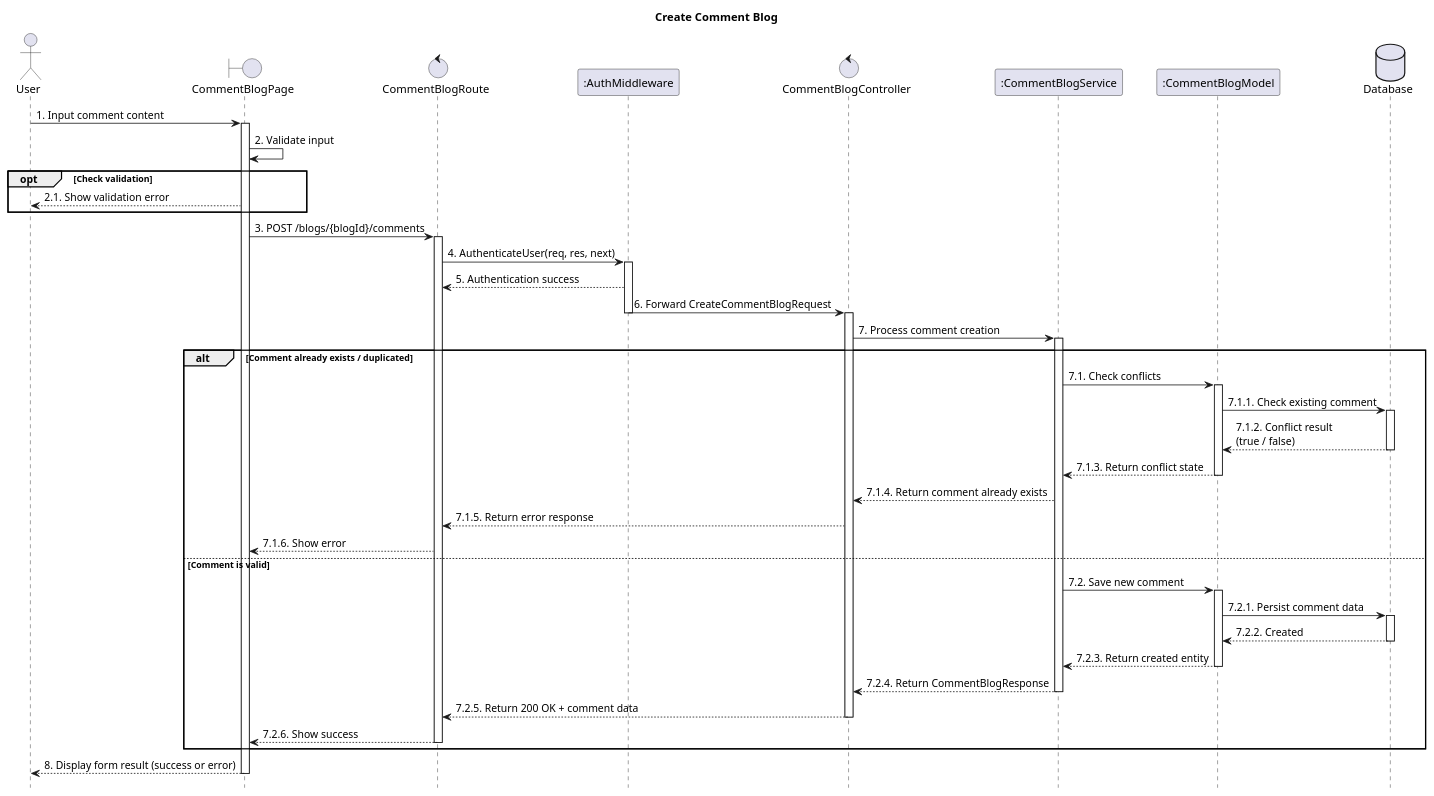
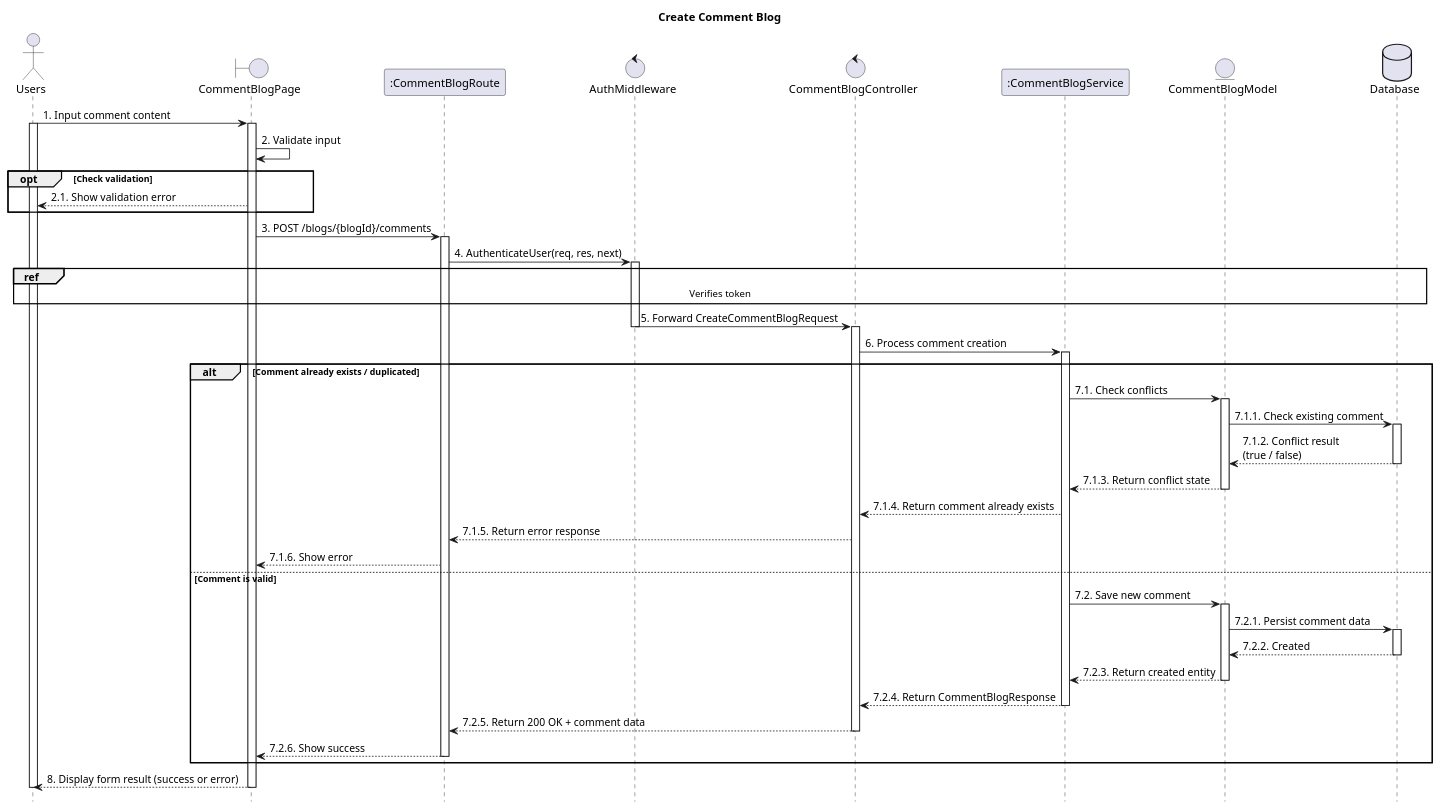
The diagram in planuml/web/16.1_createCommentBlog.puml (VietDurian/VietDurian), drawn with PlantUML before and after one commit. The commit also changed 29 other files, not shown here.

Commit message:
Adjust sequence for Web

```diff
--- a/planuml/web/16.1_createCommentBlog.puml
+++ b/planuml/web/16.1_createCommentBlog.puml
@@ -1,73 +1,75 @@
 @startuml 16.1_createCommentBlog
 hide footbox
 title Create Comment Blog
 
-actor User
+actor User as "Users"
 boundary CommentBlogPage as View
-control CommentBlogRoute as Route
-participant ":AuthMiddleware" as Middleware
+participant ":CommentBlogRoute" as Route
+control "AuthMiddleware" as Middleware
 control "CommentBlogController" as Controller
 participant ":CommentBlogService" as Service
-participant ":CommentBlogModel" as Model
+entity "CommentBlogModel" as Model
 database Database as Database
 
 
 User -> View : 1. Input comment content
 activate View
+activate User
 View -> View : 2. Validate input
 
 opt Check validation
     View --> User : 2.1. Show validation error
 end
 
     View -> Route : 3. POST /blogs/{blogId}/comments
     activate Route
 
     Route -> Middleware : 4. AuthenticateUser(req, res, next)
     activate Middleware
-    Middleware --> Route : 5. Authentication success
-    Middleware -> Controller : 6. Forward CreateCommentBlogRequest
+    ref over User, Database : Verifies token
+    Middleware -> Controller : 5. Forward CreateCommentBlogRequest
     deactivate Middleware
     activate Controller
 
-    Controller -> Service : 7. Process comment creation
+    Controller -> Service : 6. Process comment creation
     activate Service
 
 alt Comment already exists / duplicated
     Service -> Model : 7.1. Check conflicts
     activate Model
 
     Model -> Database : 7.1.1. Check existing comment
     activate Database
     Database --> Model : 7.1.2. Conflict result\n(true / false)
     deactivate Database
 
     Model --> Service : 7.1.3. Return conflict state
     deactivate Model
 
         Service --> Controller : 7.1.4. Return comment already exists
         Controller --> Route : 7.1.5. Return error response
         Route --> View : 7.1.6. Show error
 else Comment is valid
         Service -> Model : 7.2. Save new comment
         activate Model
 
         Model -> Database : 7.2.1. Persist comment data
         activate Database
         Database --> Model : 7.2.2. Created
         deactivate Database
 
         Model --> Service : 7.2.3. Return created entity
         deactivate Model
 
         Service --> Controller : 7.2.4. Return CommentBlogResponse
         deactivate Service
         Controller --> Route : 7.2.5. Return 200 OK + comment data
         deactivate Controller
         Route --> View : 7.2.6. Show success
         deactivate Route
 end
 
 View --> User : 8. Display form result (success or error)
 deactivate View
+deactivate User
 @enduml
```
